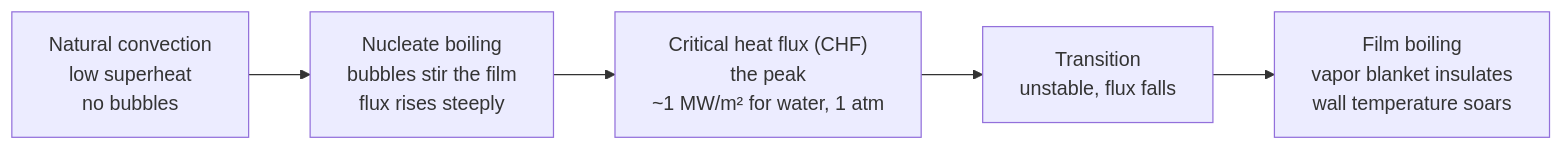
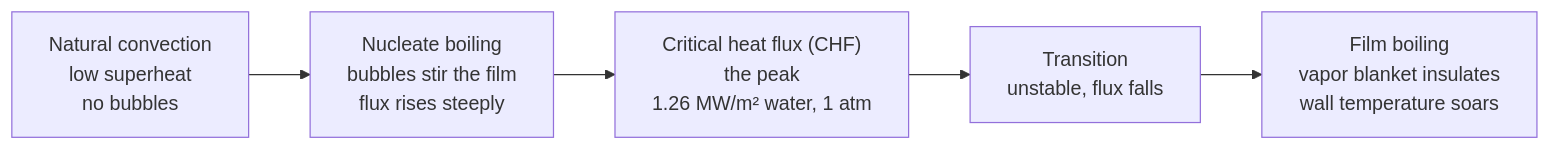
Before and after one commit to YusukeHashimotoLab/AI-Knowledge-Notes: the first of 2 diagrams in knowledge/en/PI/chemical-engineering-heat-transfer/chapter-3.md, drawn with Mermaid. The commit also changed other lines of this file and 151 other files, not shown here.

````diff
--- a/knowledge/en/PI/chemical-engineering-heat-transfer/chapter-3.md
+++ b/knowledge/en/PI/chemical-engineering-heat-transfer/chapter-3.md
@@ -68,7 +69,7 @@
 ```mermaid
 flowchart LR
     A["Natural convection<br/>low superheat<br/>no bubbles"] --> B["Nucleate boiling<br/>bubbles stir the film<br/>flux rises steeply"]
-    B --> C["Critical heat flux (CHF)<br/>the peak<br/>~1 MW/m² for water, 1 atm"]
+    B --> C["Critical heat flux (CHF)<br/>the peak<br/>1.26 MW/m² water, 1 atm"]
     C --> D["Transition<br/>unstable, flux falls"]
     D --> E["Film boiling<br/>vapor blanket insulates<br/>wall temperature soars"]
 ```
````
